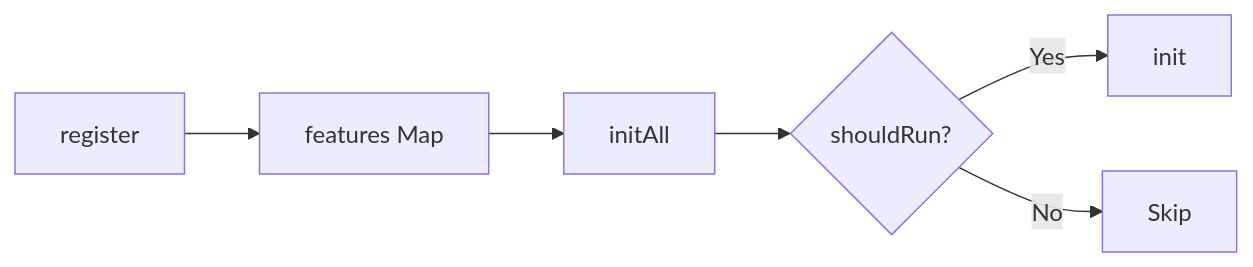
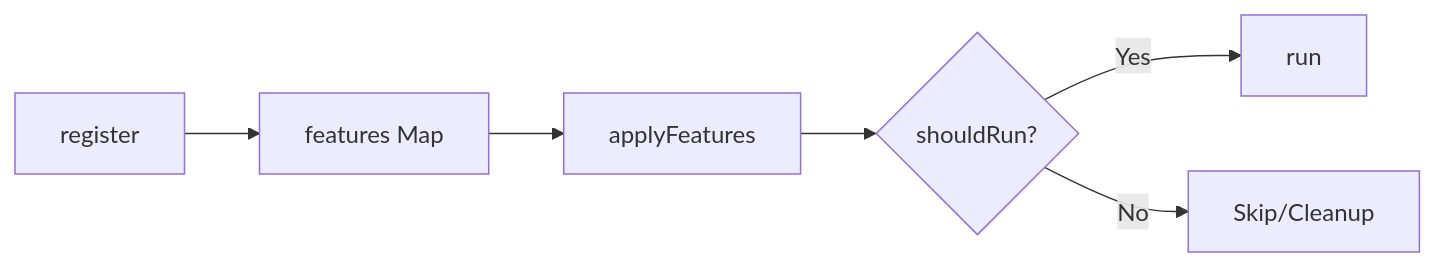
Before and after one commit to vuquan2005/svHaUI-Helper: the second of 4 diagrams in ARCHITECTURE.md, drawn with Mermaid. The commit also changed other lines of this file and 4 other files, not shown here.

Commit message:
docs: update API reference, architecture, and guides for v2.1.0

````diff
--- a/ARCHITECTURE.md
+++ b/ARCHITECTURE.md
@@ -97,8 +98,8 @@
 ```mermaid
 flowchart LR
     A[register] --> B[features Map]
-    B --> C[initAll]
+    B --> C[applyFeatures]
     C --> D{shouldRun?}
-    D -->|Yes| E[init]
-    D -->|No| F[Skip]
+    D -->|Yes| E[run]
+    D -->|No| F[Skip/Cleanup]
 ```
````
